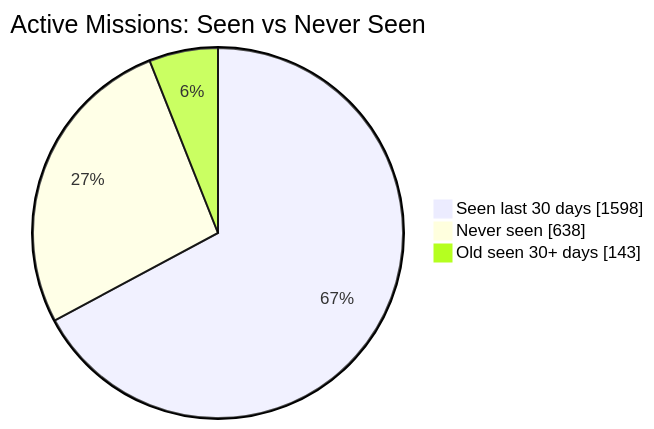
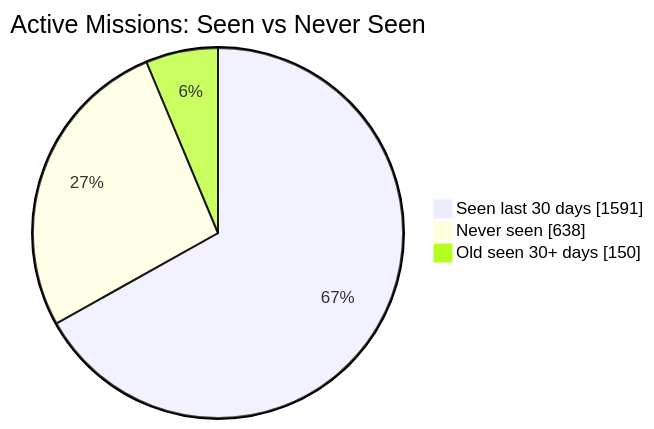
One commit to MeldkamerspelGameTeam/active-missions changed the first of 2 diagrams in README.md. Above: the diagram before and after it, drawn with Mermaid. The commit also changed other lines of this file and 3 other files, not shown here.

````diff
--- a/README.md
+++ b/README.md
@@ -34,7 +34,7 @@
 ```mermaid
 pie showData
     title Active Missions: Seen vs Never Seen
-    "Seen last 30 days" : 1598
+    "Seen last 30 days" : 1591
     "Never seen" : 638
-    "Old seen 30+ days" : 143
+    "Old seen 30+ days" : 150
 ```
````
